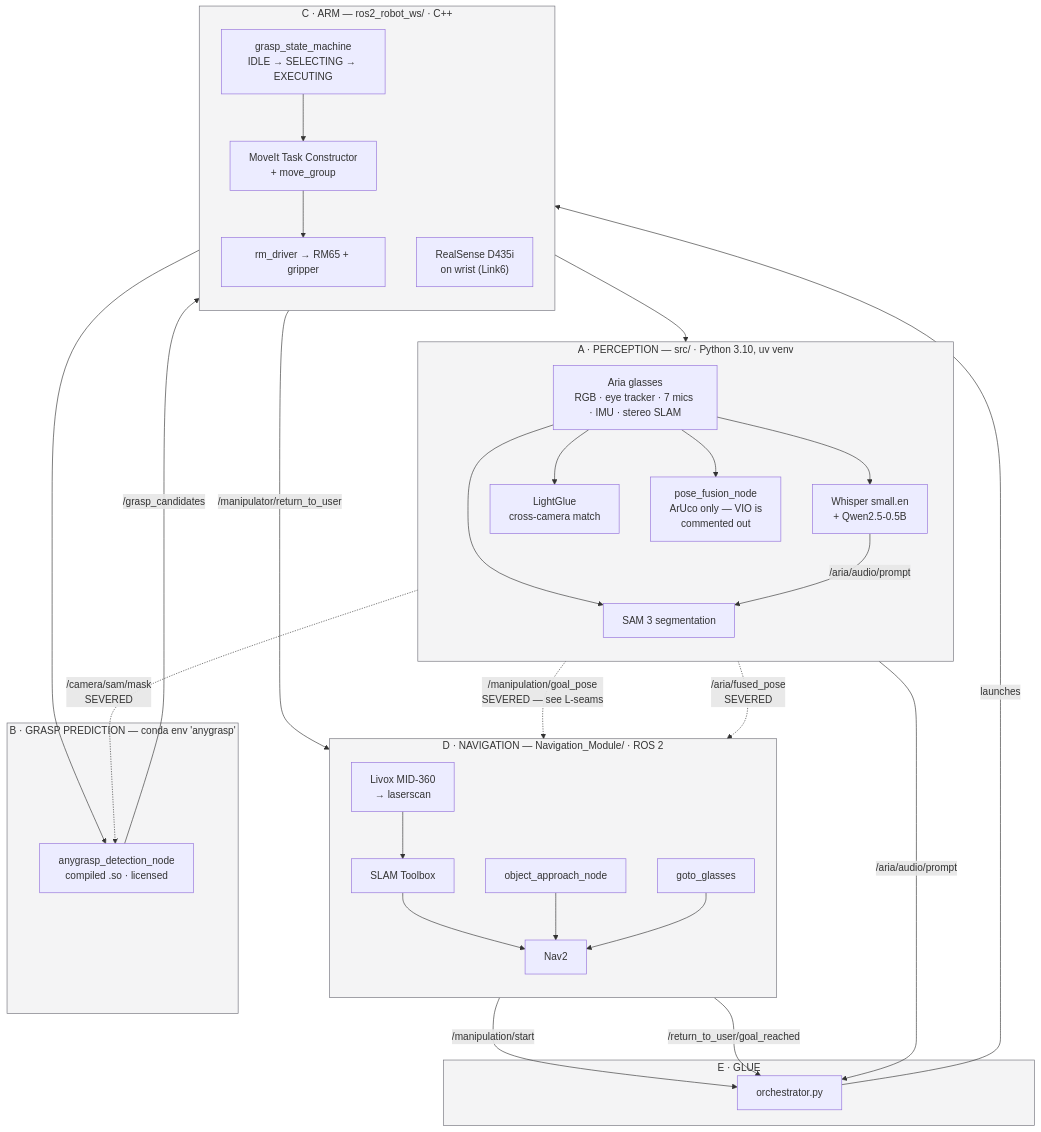
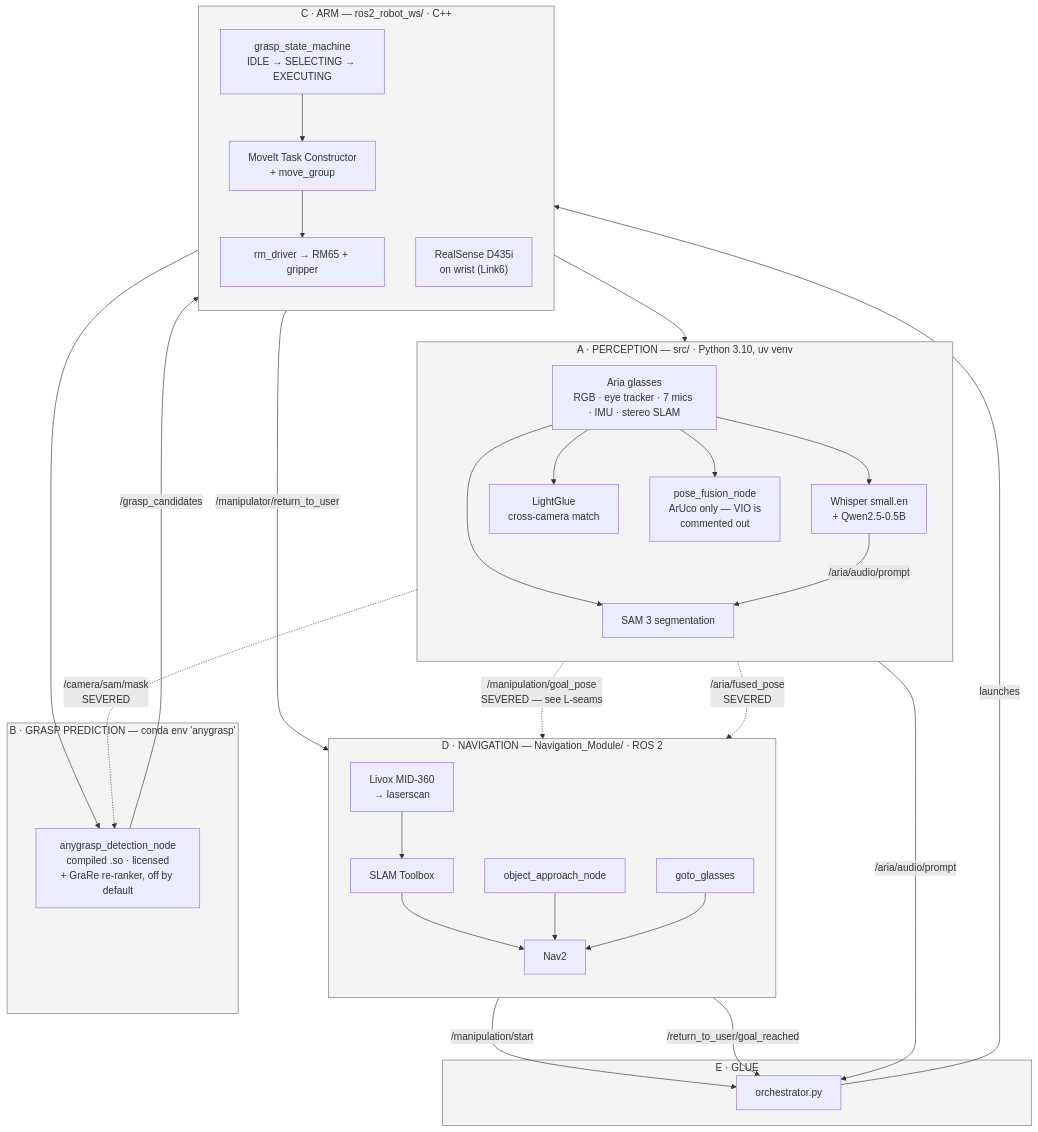
Before and after one commit to dionyichia/Gappler: the first of 9 diagrams in docs/ARCHITECTURE.md, drawn with Mermaid. The commit also changed other lines of this file and 80 other files, not shown here.

````diff
--- a/docs/ARCHITECTURE.md
+++ b/docs/ARCHITECTURE.md
@@ -30,61 +30,61 @@
 ```mermaid
 flowchart TB
     subgraph A["A · PERCEPTION — src/ · Python 3.10, uv venv"]
         direction TB
         AR["Aria glasses<br/>RGB · eye tracker · 7 mics · IMU · stereo SLAM"]
         ASR["Whisper small.en<br/>+ Qwen2.5-0.5B"]
         SAM["SAM 3 segmentation"]
         LG["LightGlue<br/>cross-camera match"]
         PF["pose_fusion_node<br/>ArUco only — VIO is<br/>commented out"]
         AR --> ASR
         AR --> SAM
         AR --> LG
         AR --> PF
     end
 
     subgraph D["D · NAVIGATION — Navigation_Module/ · ROS 2"]
         direction TB
         LID["Livox MID-360<br/>→ laserscan"]
         SLAM["SLAM Toolbox"]
         NAV["Nav2"]
         OAN["object_approach_node"]
         GG["goto_glasses"]
         LID --> SLAM --> NAV
         OAN --> NAV
         GG --> NAV
     end
 
     subgraph B["B · GRASP PREDICTION — conda env 'anygrasp'"]
-        AG["anygrasp_detection_node<br/>compiled .so · licensed"]
+        AG["anygrasp_detection_node<br/>compiled .so · licensed<br/>+ GraRe re-ranker, off by default"]
     end
 
     subgraph C["C · ARM — ros2_robot_ws/ · C++"]
         direction TB
         GSM["grasp_state_machine<br/>IDLE → SELECTING → EXECUTING"]
         MTC["MoveIt Task Constructor<br/>+ move_group"]
         DRV["rm_driver → RM65 + gripper"]
         RS["RealSense D435i<br/>on wrist (Link6)"]
         GSM --> MTC --> DRV
     end
 
     subgraph E["E · GLUE"]
         ORC["orchestrator.py"]
     end
 
     ASR -->|"/aria/audio/prompt"| SAM
     ASR -->|"/aria/audio/prompt"| ORC
     SAM -.->|"/manipulation/goal_pose<br/>SEVERED — see L-seams"| OAN
     RS --> SAM
     RS --> AG
     SAM -.->|"/camera/sam/mask<br/>SEVERED"| AG
     AG -->|"/grasp_candidates"| GSM
     OAN -->|"/manipulation/start"| ORC
     ORC -->|launches| GSM
     GSM -->|"/manipulator/return_to_user"| GG
     PF -.->|"/aria/fused_pose<br/>SEVERED"| GG
     GG -->|"/return_to_user/goal_reached"| ORC
 
     classDef severed stroke:#c0392b,stroke-width:2px,stroke-dasharray:5 4
     classDef env fill:#f4f4f5,stroke:#71717a
     class B,A,C,D,E env
 ```
````
